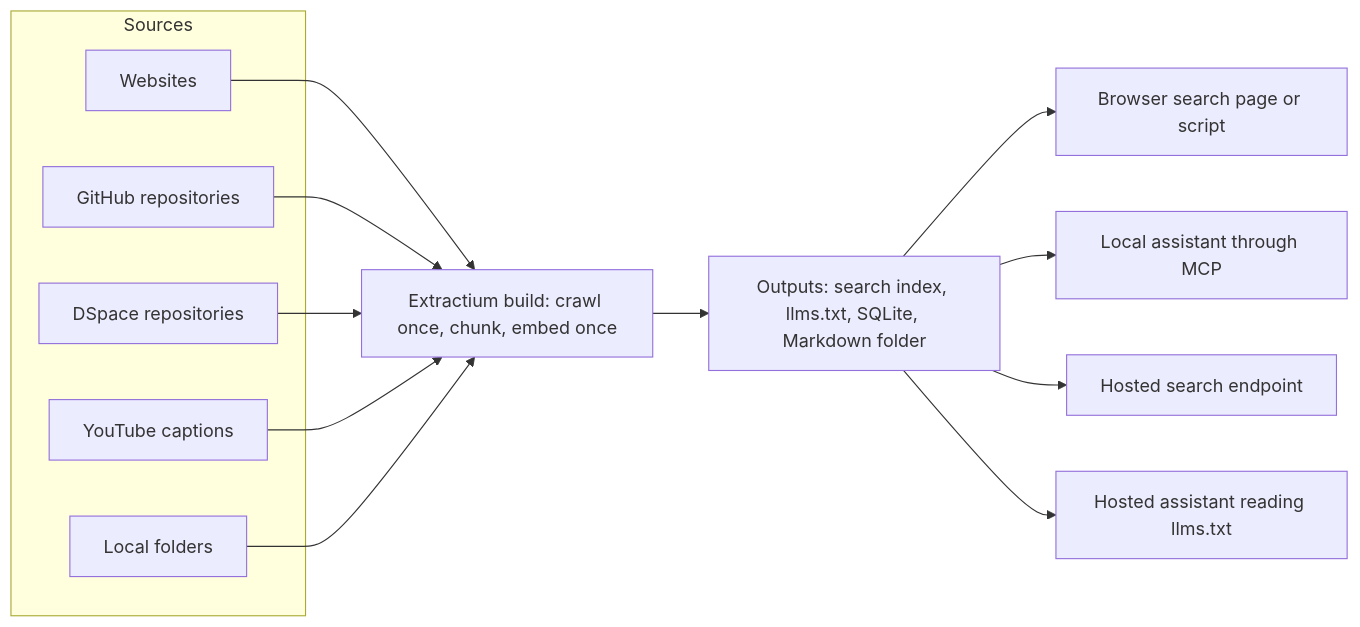
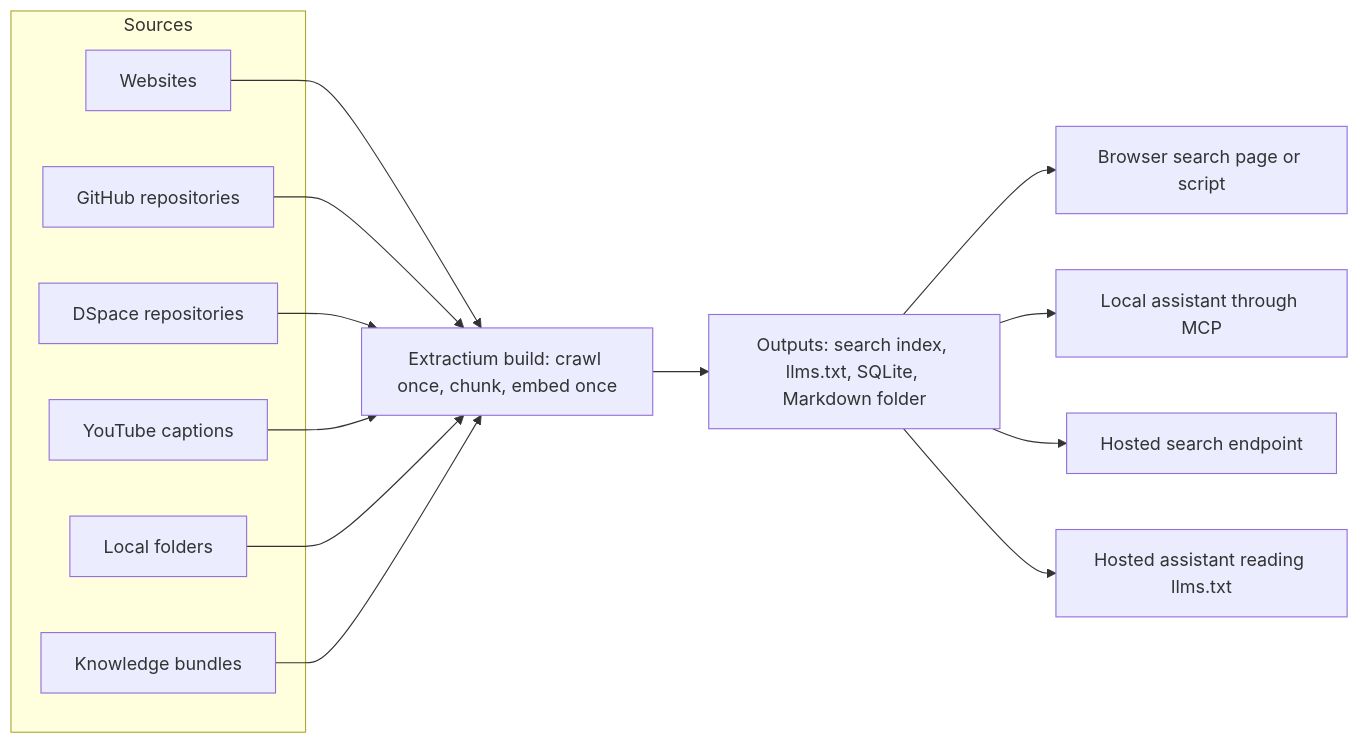
The diagram in README.md (DepressionCenter/extractium), drawn with Mermaid before and after one commit. The commit also changed other lines of this file and 12 other files, not shown here.

````diff
--- a/README.md
+++ b/README.md
@@ -34,16 +34,17 @@
 ```mermaid
 flowchart LR
     subgraph Sources
         W[Websites]
         G[GitHub repositories]
         D[DSpace repositories]
         Y[YouTube captions]
         L[Local folders]
+        K[Knowledge bundles]
     end
-    W & G & D & Y & L --> E[Extractium build: crawl once, chunk, embed once]
+    W & G & D & Y & L & K --> E[Extractium build: crawl once, chunk, embed once]
     E --> O[Outputs: search index, llms.txt, SQLite, Markdown folder]
     O --> B[Browser search page or script]
     O --> M[Local assistant through MCP]
     O --> H[Hosted search endpoint]
     O --> P[Hosted assistant reading llms.txt]
 ```
````
